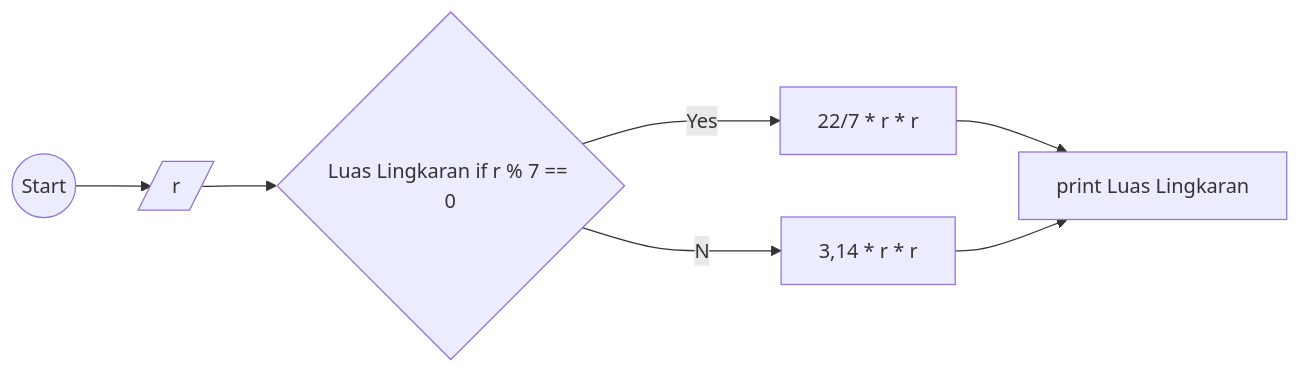
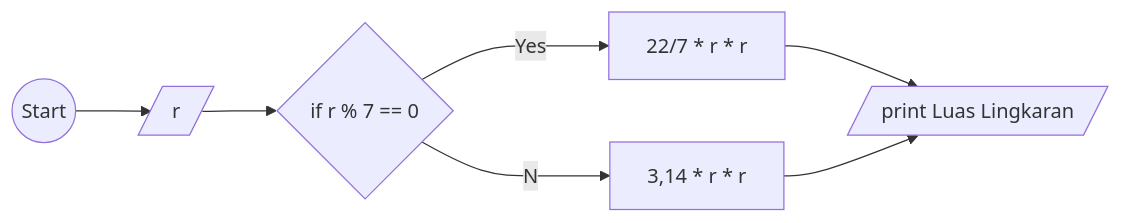
The second of 2 diagrams in README.md (aldi-ardyansah/koda-b10-algoritma), drawn with Mermaid before and after one commit.

````diff
--- a/README.md
+++ b/README.md
@@ -42,7 +42,7 @@
 ```mermaid
 flowchart LR
     A((Start)) --> B[/r/]
-    B[/r/] --> C{Luas Lingkaran: if r % 7 == 0}
-    C{Luas Lingkaran if r % 7 == 0} --Yes--> D[22/7 * r * r] --> F[print Luas Lingkaran]
-    C{Luas Lingkaran if r % 7 == 0} --No--> E[3,14 * r * r] --> F[print Luas Lingkaran]
+    B[/r/] --> C{if r % 7 == 0}
+    C{if r % 7 == 0} --Yes--> D[22/7 * r * r] --> F[/print Luas Lingkaran/]
+    C{if r % 7 == 0} --No--> E[3,14 * r * r] --> F[/print Luas Lingkaran/]
 ```
````
